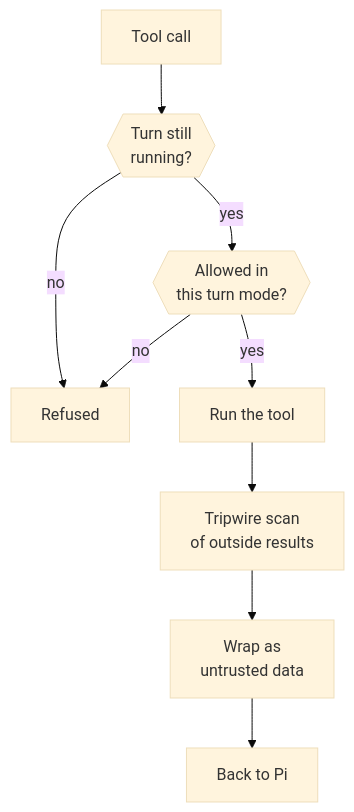
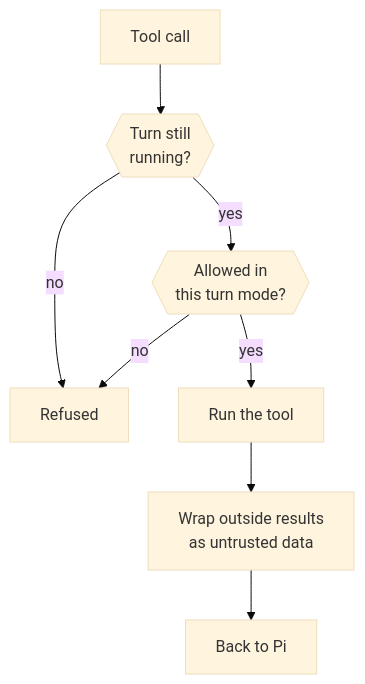
One commit to KrishBhimani/nod changed the diagram in docs/src/content/docs/how-it-works/agent-runtime.md. Above: the diagram before and after it, drawn with Mermaid (base theme). The commit also changed other lines of this file and 107 other files, not shown here.

````diff
--- a/docs/src/content/docs/how-it-works/agent-runtime.md
+++ b/docs/src/content/docs/how-it-works/agent-runtime.md
@@ -74,11 +74,10 @@
 ```mermaid
 flowchart TD
   call[Tool call] --> live{{Turn still<br/>running?}}
   live -- no --> refuse[Refused]:::stop
   live -- yes --> mode{{Allowed in<br/>this turn mode?}}
   mode -- no --> refuse
   mode -- yes --> run[Run the tool]:::go
-  run --> scan[Tripwire scan<br/>of outside results]
-  scan --> wrap[Wrap as<br/>untrusted data]
+  run --> wrap[Wrap outside results<br/>as untrusted data]
   wrap --> pi[Back to Pi]:::accent
 ```
````
